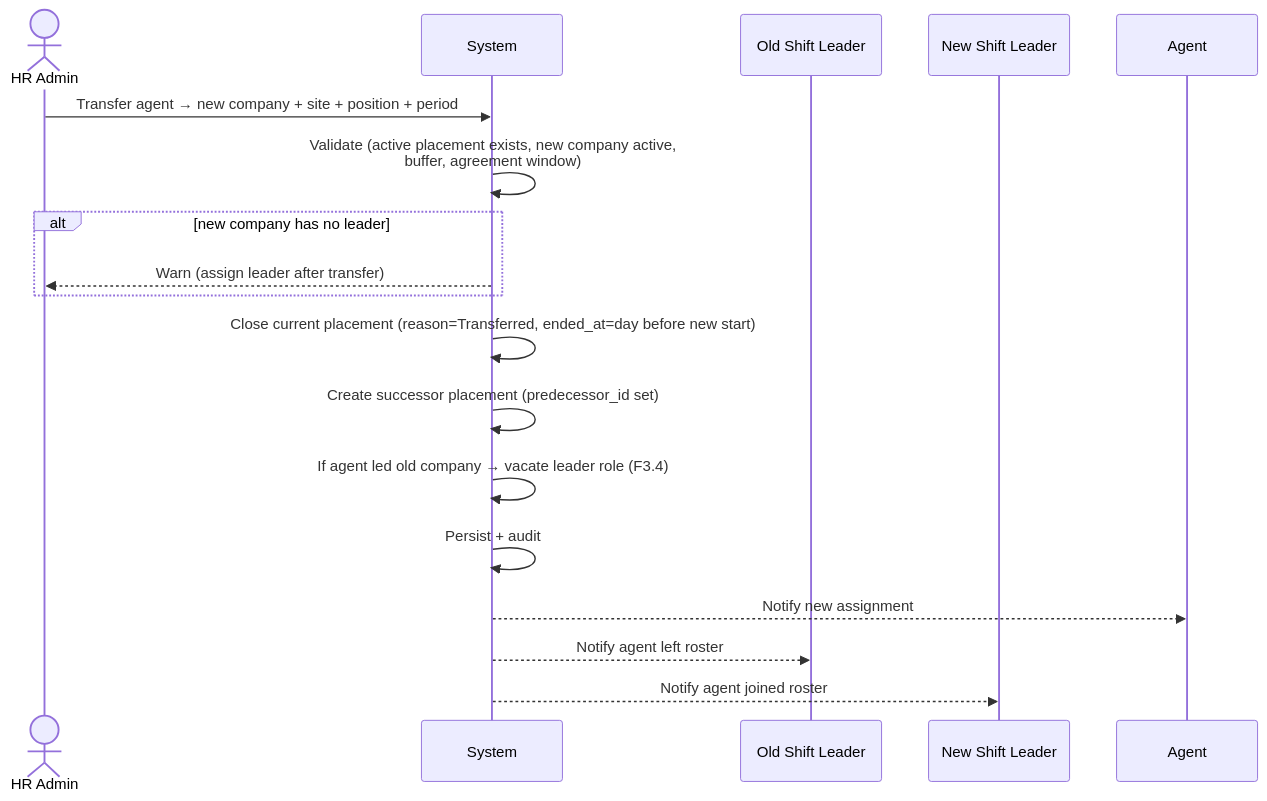
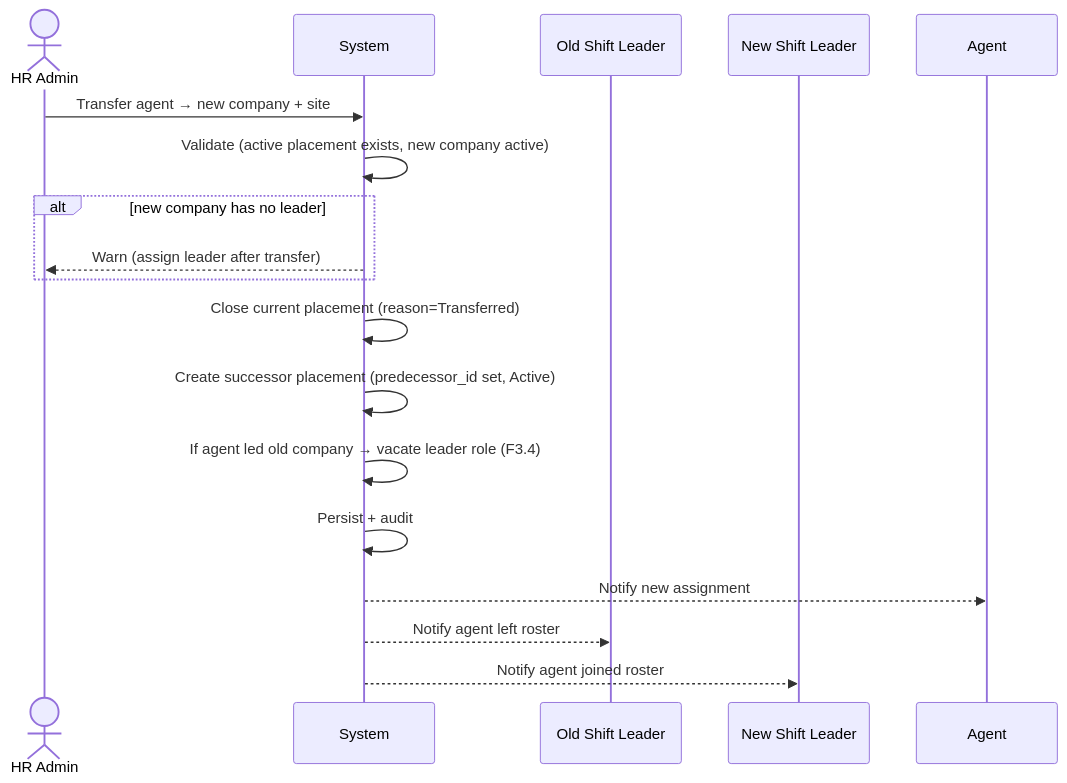
Before and after one commit to hariszaki17/hris-outsource: the diagram in docs/epics/E3-placement/prds/replacement-transfer.md, drawn with Mermaid. The commit also changed other lines of this file and 106 other files, not shown here.

````diff
--- a/docs/epics/E3-placement/prds/replacement-transfer.md
+++ b/docs/epics/E3-placement/prds/replacement-transfer.md
@@ -33,20 +34,20 @@
 ```mermaid
 sequenceDiagram
     actor HR as HR Admin
     participant SYS as System
     participant OLD as Old Shift Leader
     participant NEW as New Shift Leader
     participant AG as Agent
-    HR->>SYS: Transfer agent → new company + site + position + period
-    SYS->>SYS: Validate (active placement exists, new company active,<br/>buffer, agreement window)
+    HR->>SYS: Transfer agent → new company + site
+    SYS->>SYS: Validate (active placement exists, new company active)
     alt new company has no leader
         SYS-->>HR: Warn (assign leader after transfer)
     end
-    SYS->>SYS: Close current placement (reason=Transferred, ended_at=day before new start)
-    SYS->>SYS: Create successor placement (predecessor_id set)
+    SYS->>SYS: Close current placement (reason=Transferred)
+    SYS->>SYS: Create successor placement (predecessor_id set, Active)
     SYS->>SYS: If agent led old company → vacate leader role (F3.4)
     SYS->>SYS: Persist + audit
     SYS-->>AG: Notify new assignment
     SYS-->>OLD: Notify agent left roster
     SYS-->>NEW: Notify agent joined roster
 ```
````
